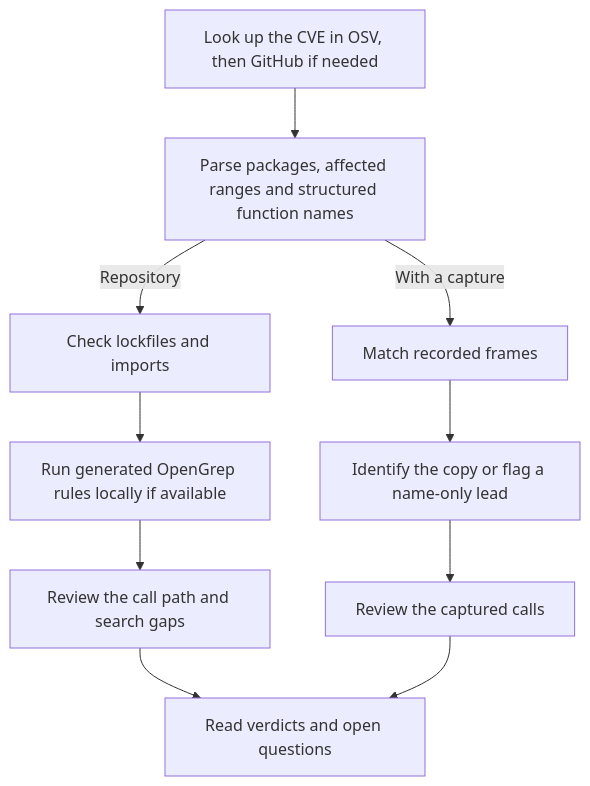
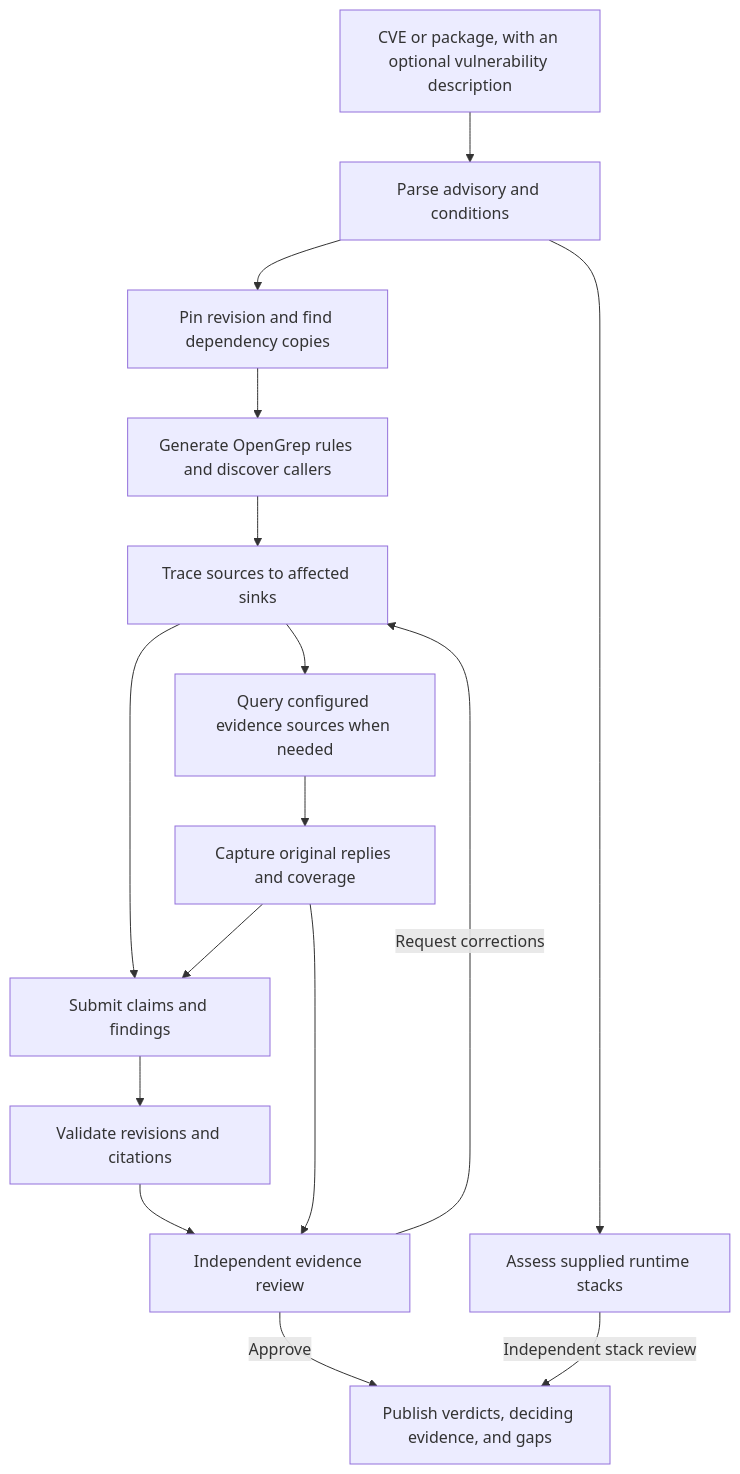
One commit to openai/codex-security changed the diagram in sdk/typescript/docs/dependency-exploitability.md. Above: the diagram before and after it, drawn with Mermaid. The commit also changed other lines of this file, not shown here.

Commit message:
docs(exploitability): explain the complete investigation and review pipeline

````diff
--- a/sdk/typescript/docs/dependency-exploitability.md
+++ b/sdk/typescript/docs/dependency-exploitability.md
@@ -69,12 +60,18 @@
 ```mermaid
 flowchart TD
-    Check["Look up the CVE in OSV, then GitHub if needed"] --> Parse["Parse packages, affected ranges and structured function names"]
-    Parse -->|Repository| Repo["Check lockfiles and imports"]
-    Parse -->|With a capture| Stacks["Match recorded frames"]
-    Repo --> Scan["Run generated OpenGrep rules locally if available"]
-    Stacks --> Frames["Identify the copy or flag a name-only lead"]
-    Scan --> R["Review the call path and search gaps"]
-    Frames --> S["Review the captured calls"]
-    R --> Report["Read verdicts and open questions"]
-    S --> Report
+    Input["CVE or package, with an optional vulnerability description"] --> Advisory["Parse advisory and conditions"]
+    Advisory --> Repo["Pin revision and find dependency copies"]
+    Repo --> Grep["Generate OpenGrep rules and discover callers"]
+    Grep --> Investigate["Trace sources to affected sinks"]
+    Advisory --> Stack["Assess supplied runtime stacks"]
+    Investigate --> External["Query configured evidence sources when needed"]
+    External --> Evidence["Capture original replies and coverage"]
+    Investigate --> Claims["Submit claims and findings"]
+    Evidence --> Claims
+    Claims --> Host["Validate revisions and citations"]
+    Host --> Review["Independent evidence review"]
+    Evidence --> Review
+    Review -->|Request corrections| Investigate
+    Review -->|Approve| Report["Publish verdicts, deciding evidence, and gaps"]
+    Stack -->|Independent stack review| Report
 ```
````
